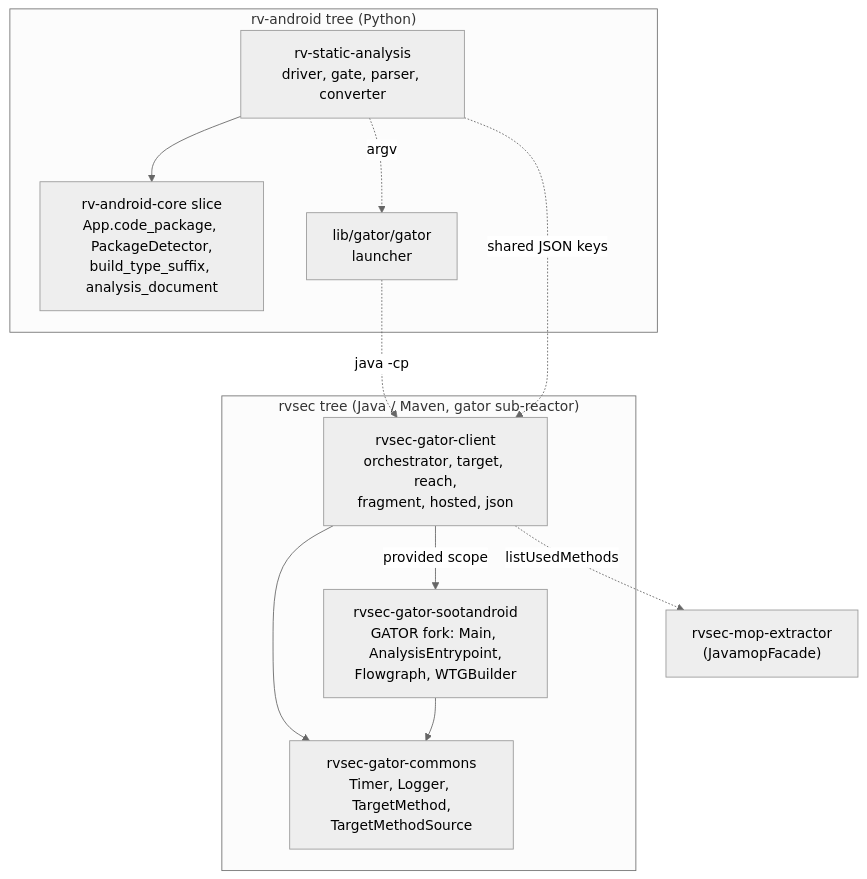
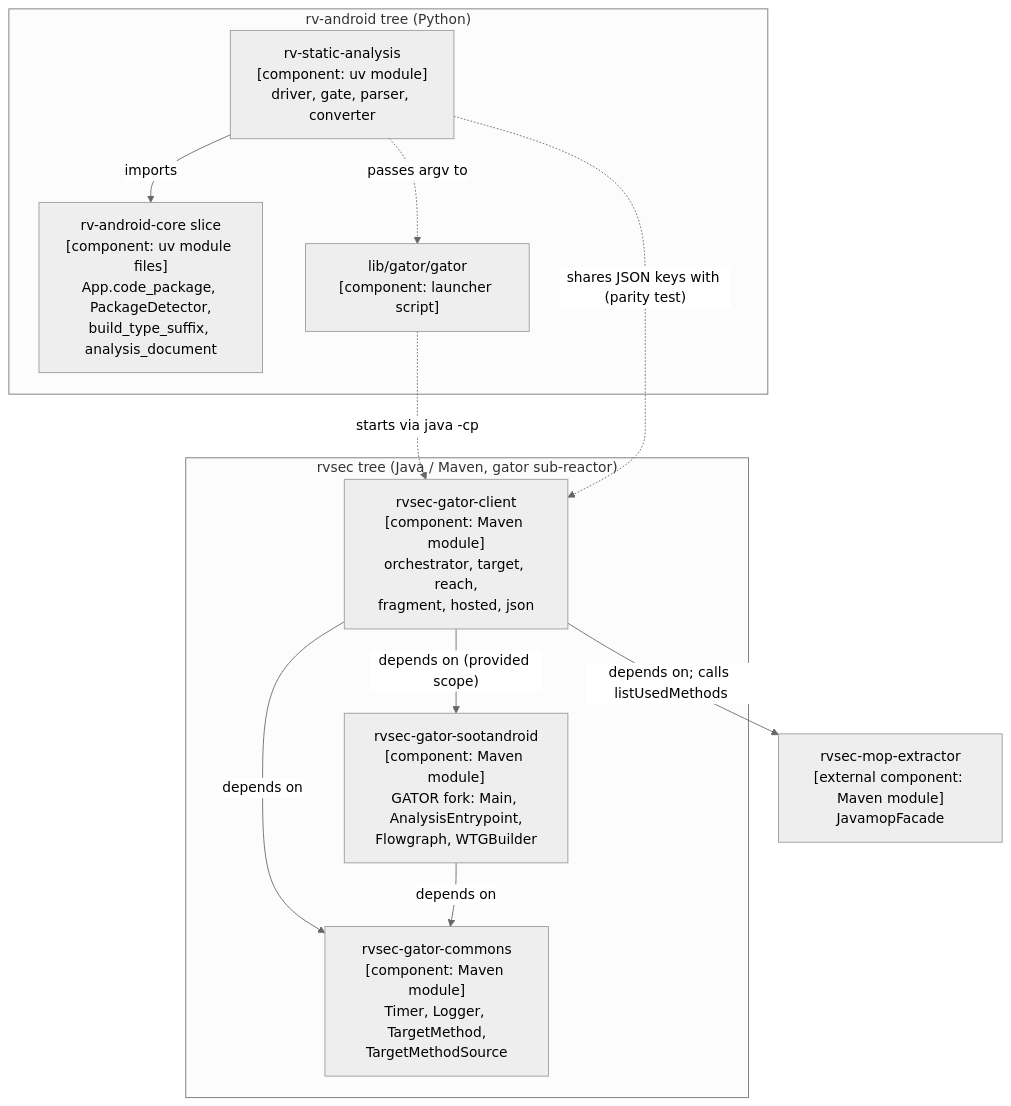
Before and after one commit to PAMunb/rvsec: the second of 6 diagrams in rv-android/docs/architecture/static-analysis.md, drawn with Mermaid. The commit also changed other lines of this file and 7 other files, not shown here.

````diff
--- a/rv-android/docs/architecture/static-analysis.md
+++ b/rv-android/docs/architecture/static-analysis.md
@@ -275,23 +284,25 @@
 ```mermaid
 %%{init: {'theme': 'neutral'}}%%
 flowchart TB
+  %% Source: modules/rv-static-analysis/, modules/rv-android-core/src/rv_android_core/domain/app.py, modules/rv-android-core/src/rv_android_core/util/android/package_detector.py, modules/rv-android-core/src/rv_android_core/util/android/build_type_suffix.py, modules/rv-android-core/src/rv_android_core/util/analysis_document.py, lib/gator/gator, ../rvsec/rvsec-android/rvsec-gator/
+  %% Omitted: rv-android-core logging, error and validation helpers (cross-cutting); rvsec-apk, Gson and JGraphT (libraries, see Appendix A)
   subgraph py["rv-android tree (Python)"]
-    rvsa["rv-static-analysis<br/>driver, gate, parser, converter"]
-    core["rv-android-core slice<br/>App.code_package, PackageDetector,<br/>build_type_suffix, analysis_document"]
-    launcherm["lib/gator/gator<br/>launcher"]
-    rvsa --> core
+    rvsa["rv-static-analysis<br/>[component: uv module]<br/>driver, gate, parser, converter"]
+    core["rv-android-core slice<br/>[component: uv module files]<br/>App.code_package, PackageDetector,<br/>build_type_suffix, analysis_document"]
+    launcherm["lib/gator/gator<br/>[component: launcher script]"]
+    rvsa -->|"imports"| core
   end
   subgraph javatree["rvsec tree (Java / Maven, gator sub-reactor)"]
-    client["rvsec-gator-client<br/>orchestrator, target, reach,<br/>fragment, hosted, json"]
-    sootandroid["rvsec-gator-sootandroid<br/>GATOR fork: Main, AnalysisEntrypoint,<br/>Flowgraph, WTGBuilder"]
-    commons["rvsec-gator-commons<br/>Timer, Logger, TargetMethod,<br/>TargetMethodSource"]
-    client -->|provided scope| sootandroid
-    client --> commons
-    sootandroid --> commons
+    client["rvsec-gator-client<br/>[component: Maven module]<br/>orchestrator, target, reach,<br/>fragment, hosted, json"]
+    sootandroid["rvsec-gator-sootandroid<br/>[component: Maven module]<br/>GATOR fork: Main, AnalysisEntrypoint,<br/>Flowgraph, WTGBuilder"]
+    commons["rvsec-gator-commons<br/>[component: Maven module]<br/>Timer, Logger, TargetMethod,<br/>TargetMethodSource"]
+    client -->|"depends on (provided scope)"| sootandroid
+    client -->|"depends on"| commons
+    sootandroid -->|"depends on"| commons
   end
-  extractor["rvsec-mop-extractor<br/>(JavamopFacade)"]
-  client -.->|listUsedMethods| extractor
-  rvsa -.->|argv| launcherm
-  launcherm -.->|java -cp| client
-  rvsa -.->|shared JSON keys| client
+  extractor["rvsec-mop-extractor<br/>[external component: Maven module]<br/>JavamopFacade"]
+  client -->|"depends on; calls listUsedMethods"| extractor
+  rvsa -.->|"passes argv to"| launcherm
+  launcherm -.->|"starts via java -cp"| client
+  rvsa -.->|"shares JSON keys with (parity test)"| client
 ```
````
